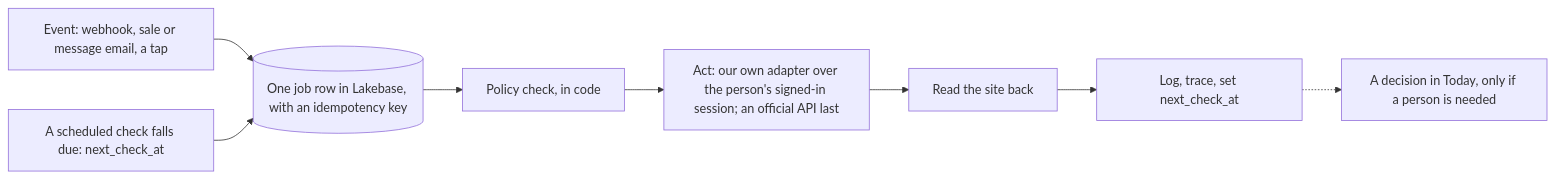
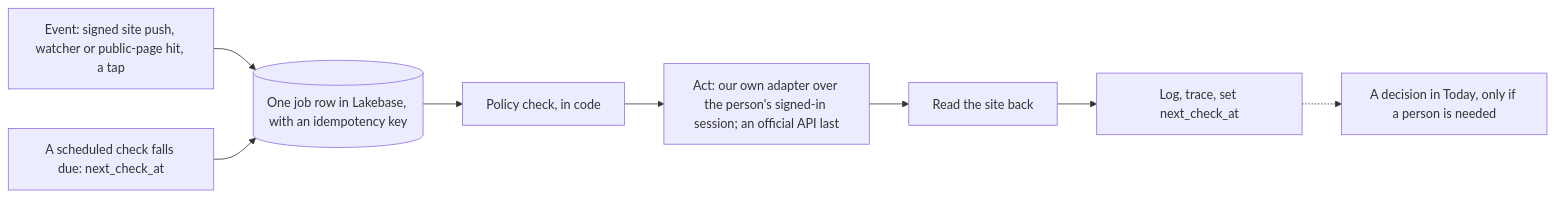
One commit to benverhaalen/secondhand changed the second of 4 diagrams in spec/databricks.md. Above: the diagram before and after it, drawn with Mermaid. The commit also changed other lines of this file and 24 other files, not shown here.

````diff
--- a/spec/databricks.md
+++ b/spec/databricks.md
@@ -144,15 +144,15 @@
 ```mermaid
 flowchart LR
-  ev["Event: webhook, sale or message email, a tap"]
+  ev["Event: signed site push, watcher or public-page hit, a tap"]
   due["A scheduled check falls due: next_check_at"]
   job[("One job row in Lakebase, with an idempotency key")]
   pol["Policy check, in code"]
   act["Act: our own adapter over the person's signed-in session; an official API last"]
   read["Read the site back"]
   log["Log, trace, set next_check_at"]
   dec["A decision in Today, only if a person is needed"]
   ev --> job
   due --> job
   job --> pol --> act --> read --> log
   log -.-> dec
 ```
````
